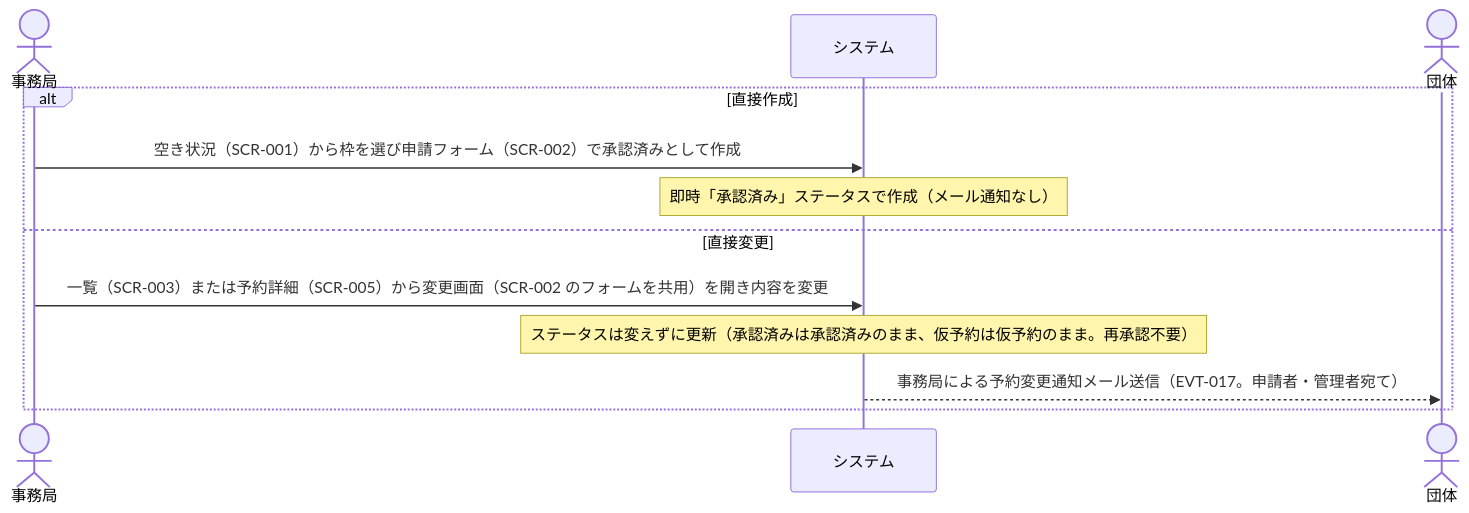
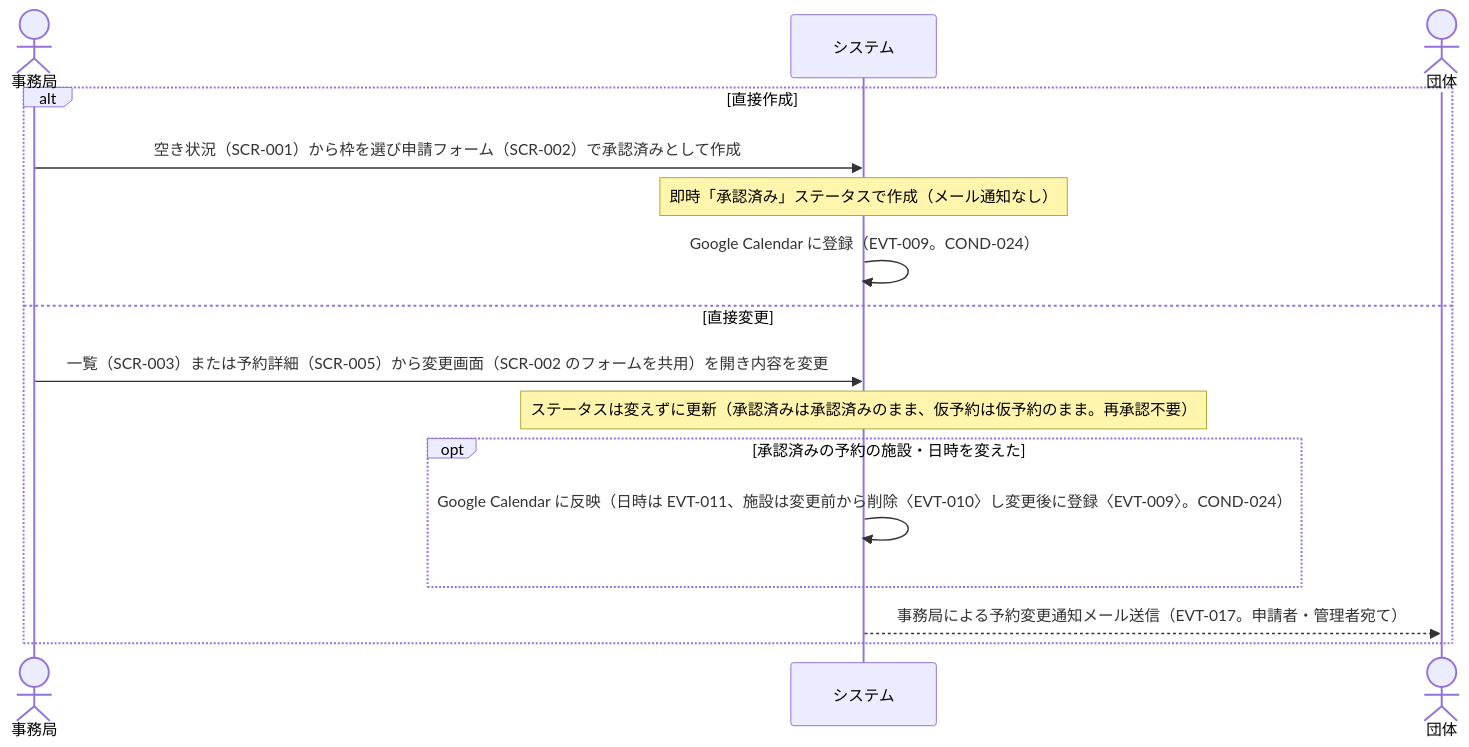
The fourth of 5 diagrams in rdra/contexts/reservation-approval.md (gdsc-osaka/iclub-reserve), drawn with Mermaid before and after one commit. The commit also changed other lines of this file and 6 other files, not shown here.

First line of the commit message:
docs: Google Calendar の同期の規則とカレンダーの持ち方を決める（COND-024・COND-025）

````diff
--- a/rdra/contexts/reservation-approval.md
+++ b/rdra/contexts/reservation-approval.md
@@ -234,15 +234,19 @@
 ```mermaid
 sequenceDiagram
     actor 事務局
     participant システム
     actor 団体
 
     alt 直接作成
         事務局->>システム: 空き状況（SCR-001）から枠を選び申請フォーム（SCR-002）で承認済みとして作成
         Note over システム: 即時「承認済み」ステータスで作成（メール通知なし）
+        システム->>システム: Google Calendar に登録（EVT-009。COND-024）
     else 直接変更
         事務局->>システム: 一覧（SCR-003）または予約詳細（SCR-005）から変更画面（SCR-002 のフォームを共用）を開き内容を変更
         Note over システム: ステータスは変えずに更新（承認済みは承認済みのまま、仮予約は仮予約のまま。再承認不要）
+        opt 承認済みの予約の施設・日時を変えた
+            システム->>システム: Google Calendar に反映（日時は EVT-011、施設は変更前から削除〈EVT-010〉し変更後に登録〈EVT-009〉。COND-024）
+        end
         システム-->>団体: 事務局による予約変更通知メール送信（EVT-017。申請者・管理者宛て）
     end
 ```
````
